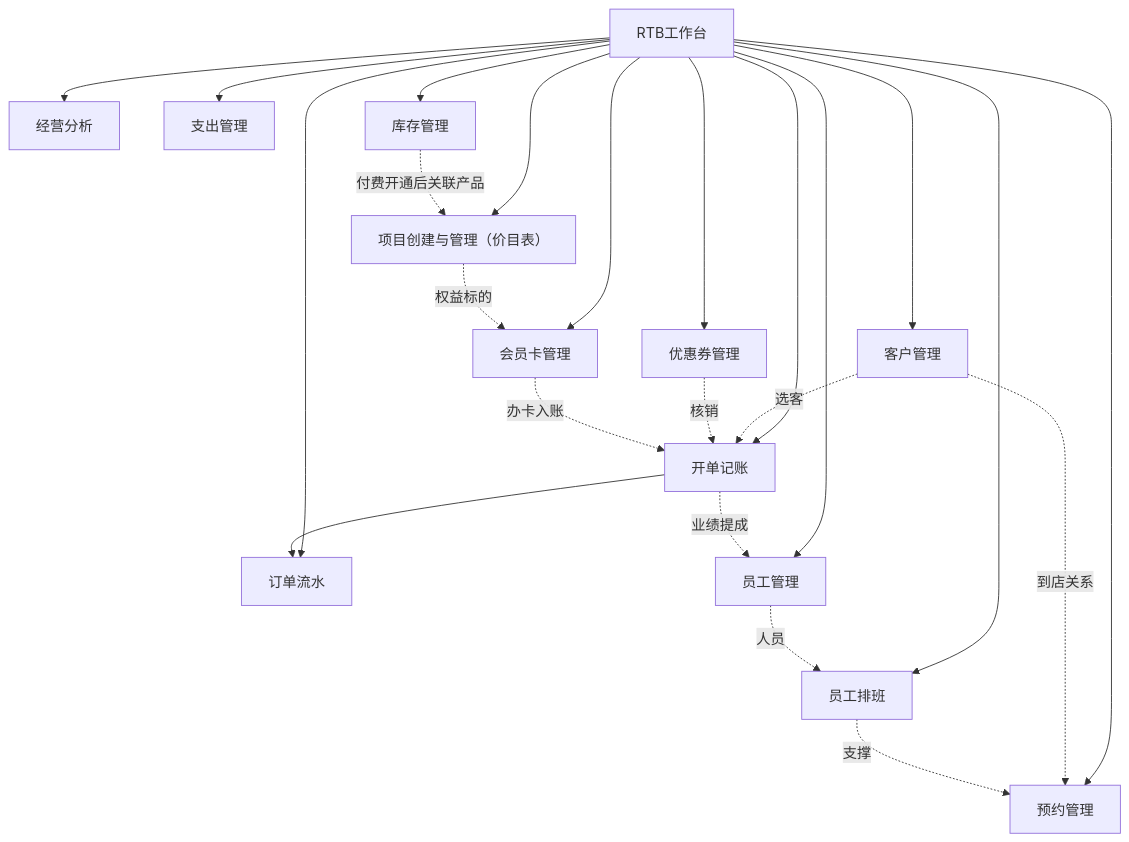
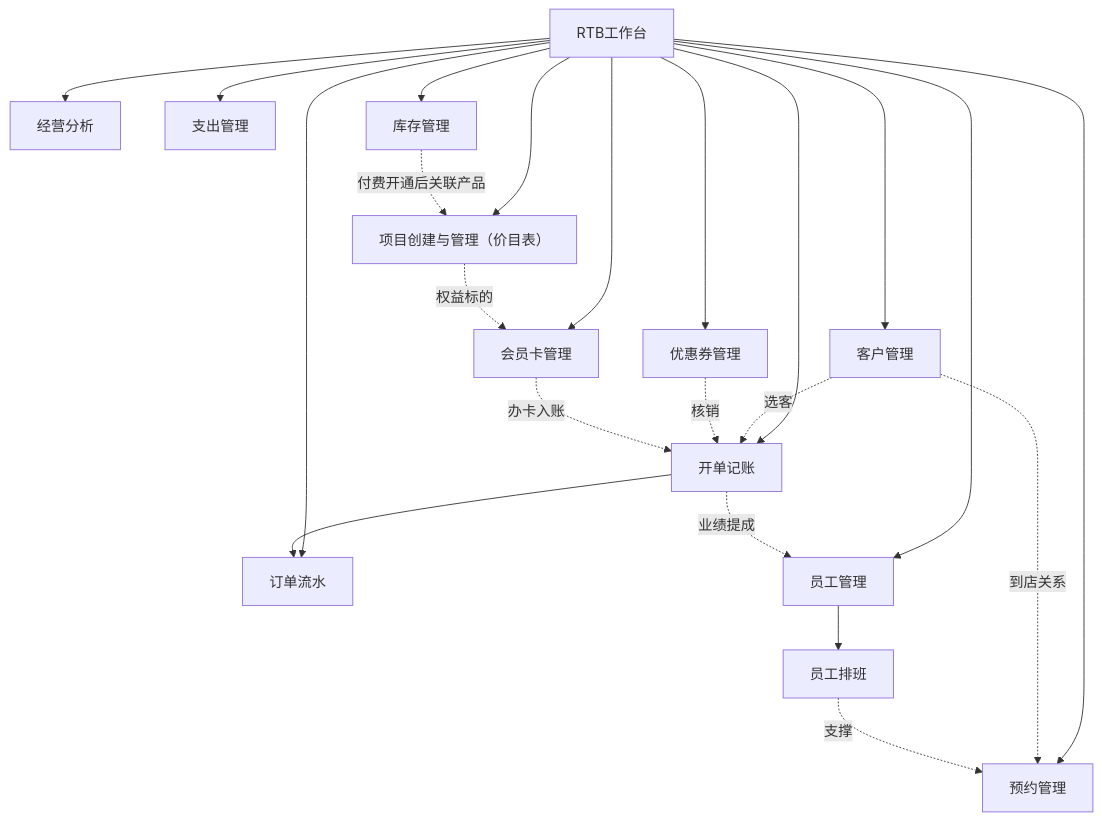
One commit to XDean-Designer/card changed the first of 10 diagrams in RTB产品计划概览.md. Above: the diagram before and after it, drawn with Mermaid. The commit also changed other lines of this file and 2 other files, not shown here.

````diff
--- a/RTB产品计划概览.md
+++ b/RTB产品计划概览.md
@@ -32,26 +31,25 @@
 ```mermaid
 flowchart TB
   WB[RTB工作台]
   WB --> Cust[客户管理]
   WB --> Appt[预约管理]
   WB --> P[项目创建与管理（价目表）]
   WB --> C[会员卡管理]
   WB --> Coupon[优惠券管理]
   WB --> B[开单记账]
   WB --> F[订单流水]
   WB --> Z[经营分析]
   WB --> S[员工管理]
-  WB --> Sch[员工排班]
+  S --> Sch[员工排班]
   WB --> E[支出管理]
   WB --> K[库存管理]
   Cust -.到店关系.-> Appt
   Cust -.选客.-> B
   P -.权益标的.-> C
   Coupon -.核销.-> B
   C -.办卡入账.-> B
   B --> F
   B -.业绩提成.-> S
-  S -.人员.-> Sch
   Sch -.支撑.-> Appt
   K -.付费开通后关联产品.-> P
 ```
````
